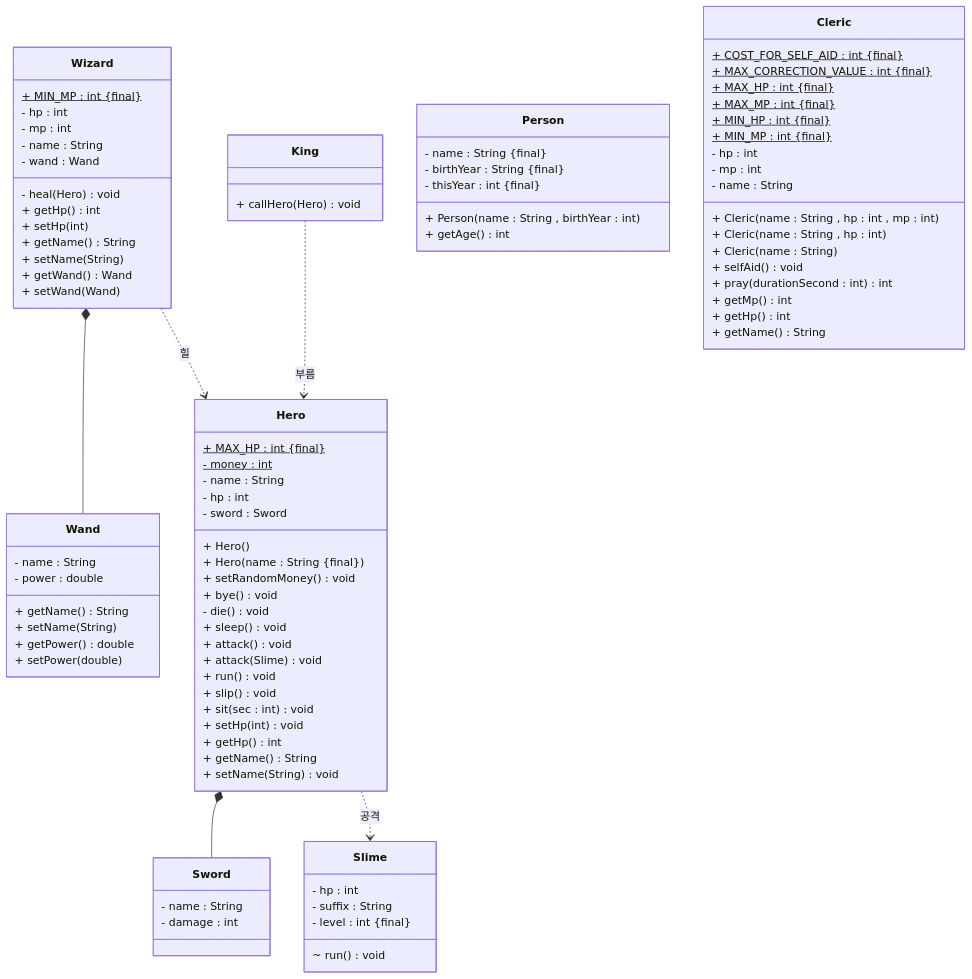
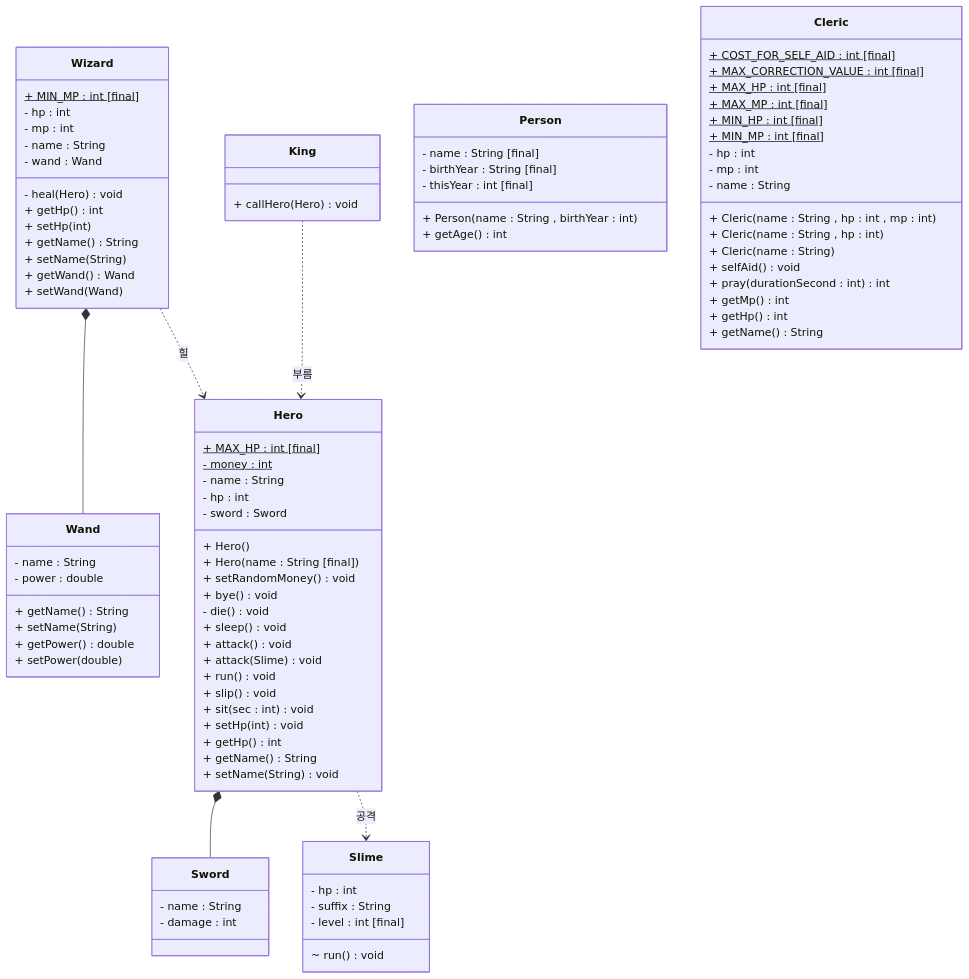
Before and after one commit to SurvivalCodingCampus/gangnam3-java-oop: the diagram in docs/Day6ClassDigram.md, drawn with Mermaid.

Commit message:
docs: 클래스 다이어그램 수정
- {} 에러 발생해서 []로 변경

````diff
--- a/docs/Day6ClassDigram.md
+++ b/docs/Day6ClassDigram.md
@@ -1,99 +1,99 @@
 ```mermaid
 classDiagram
     class Slime {
-        - hp : int
-        - suffix : String
-        - level : int &lbrace;final&rbrace;
-        ~ run() void
-    }
-    
-    class Wizard {
-        + MIN_MP : int &lbrace;final&rbrace;$
-        - hp : int
-        - mp : int
-        - name : String
-        - wand : Wand
-        - heal(Hero) void 
-        + getHp() int
-        + setHp(int)
-        + getName() String
-        + setName(String)
-        + getWand() Wand
-        + setWand(Wand)
-    }
-    
-    class King {
-        + callHero(Hero) void
-    }
-    
-    class Sword {
-        - name : String
-        - damage : int
-    }
-    
-    class Wand {
-        - name : String
-        - power : double
-        + getName() String
-        + setName(String)
-        + getPower() double
-        + setPower(double)
+- hp : int
+- suffix : String
+- level : int [final]
+~ run() void
+}
+
+class Wizard {
++ MIN_MP : int [final] $
+- hp : int
+- mp : int
+- name : String
+- wand : Wand
+- heal(Hero) void
++ getHp() int
++ setHp(int)
++ getName() String
++ setName(String)
++ getWand() Wand
++ setWand(Wand)
+}
+
+class King {
++ callHero(Hero) void
+}
+
+class Sword {
+- name : String
+- damage : int
     }
 
-    class Hero {
-        + MAX_HP : int &lbrace;final&rbrace;$
-        - money : int $
-        - name : String
-        - hp : int
-        - sword : Sword
-        + Hero()
-        + Hero(name : String &lbrace;final&rbrace;)
-        + setRandomMoney() void
-        + bye() void
-        - die() void
-        + sleep() void
-        + attack() void
-        + attack(Slime) void
-        + run() void
-        + slip() void
-        + sit(sec : int) void
-        + setHp(int) void
-        + getHp() int
-        + getName() String
-        + setName(String) void
+class Wand {
+- name : String
+- power : double
++ getName() String
++ setName(String)
++ getPower() double
++ setPower(double)
+}
+
+class Hero {
++ MAX_HP : int [final] $
+- money : int $
+- name : String
+- hp : int
+- sword : Sword
++ Hero()
++ Hero(name : String [final])
++ setRandomMoney() void
++ bye() void
+- die() void
++ sleep() void
++ attack() void
++ attack(Slime) void
++ run() void
++ slip() void
++ sit(sec : int) void
++ setHp(int) void
++ getHp() int
++ getName() String
++ setName(String) void
     }
 
-    class Person {
-        - name : String &lbrace;final&rbrace;
-        - birthYear : String &lbrace;final&rbrace;
-        - thisYear : int &lbrace;final&rbrace;
-        + Person(name : String , birthYear : int)
-        + getAge() int
-    }
+class Person {
+- name : String [final]
+- birthYear : String [final]
+- thisYear : int [final]
++ Person(name : String , birthYear : int)
++ getAge() int
+}
 
-    class Cleric {
-        + COST_FOR_SELF_AID : int &lbrace;final&rbrace; $
-        + MAX_CORRECTION_VALUE : int &lbrace;final&rbrace; $
-        + MAX_HP : int &lbrace;final&rbrace; $
-        + MAX_MP : int &lbrace;final&rbrace; $
-        + MIN_HP : int &lbrace;final&rbrace; $
-        + MIN_MP : int &lbrace;final&rbrace; $
-        - hp : int
-        - mp : int
-        - name : String
-        + Cleric(name : String , hp : int , mp : int )
-        + Cleric(name : String , hp : int )
-        + Cleric(name : String )
-        + selfAid() void
-        + pray(durationSecond : int) int
-        + getMp() int
-        + getHp() int
-        + getName() String
-    }
+class Cleric {
++ COST_FOR_SELF_AID : int [final] $
++ MAX_CORRECTION_VALUE : int [final] $
++ MAX_HP : int [final] $
++ MAX_MP : int [final] $
++ MIN_HP : int [final] $
++ MIN_MP : int [final] $
+- hp : int
+- mp : int
+- name : String
++ Cleric(name : String , hp : int , mp : int )
++ Cleric(name : String , hp : int )
++ Cleric(name : String )
++ selfAid() void
++ pray(durationSecond : int) int
++ getMp() int
++ getHp() int
++ getName() String
+}
 
-    Wizard *-- Wand
-    Wizard ..> Hero: 힐
-    King ..> Hero : 부름
-    Hero *-- Sword
-    Hero ..> Slime : 공격
+Wizard *-- Wand
+Wizard ..> Hero : 힐
+King ..> Hero : 부름
+Hero *-- Sword
+Hero ..> Slime : 공격 
 ```
````
